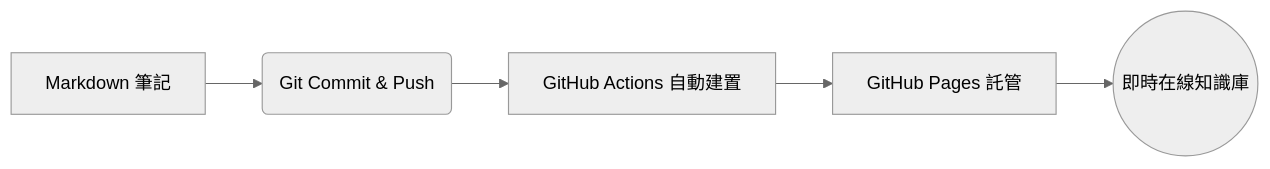
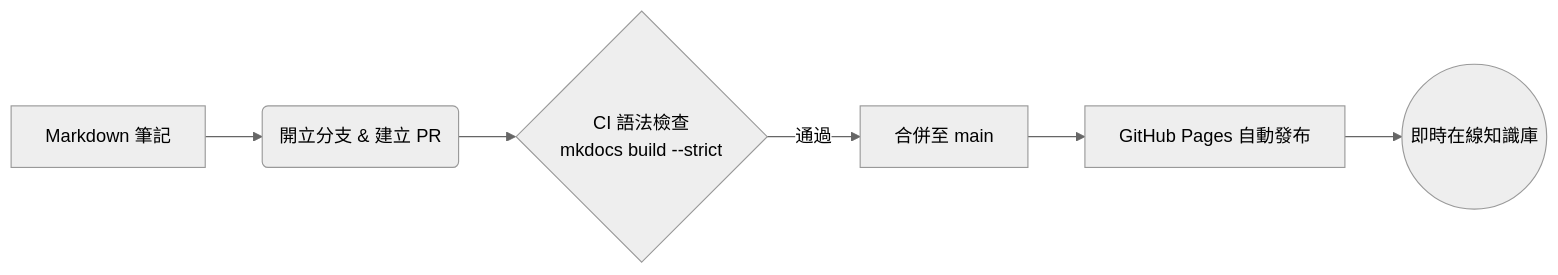
One commit to windcoldchen/windcold-kb changed the diagram in docs/index.md. Above: the diagram before and after it, drawn with Mermaid (neutral theme). The commit also changed other lines of this file and 3 other files, not shown here.

````diff
--- a/docs/index.md
+++ b/docs/index.md
@@ -51,7 +51,8 @@
 ```mermaid
 graph LR
-    A[Markdown 筆記] --> B(Git Commit & Push)
-    B --> C[GitHub Actions 自動建置]
-    C --> D[GitHub Pages 託管]
-    D --> E((即時在線知識庫))
+    A[Markdown 筆記] --> B(開立分支 & 建立 PR)
+    B --> C{CI 語法檢查<br/>mkdocs build --strict}
+    C -->|通過| D[合併至 main]
+    D --> E[GitHub Pages 自動發布]
+    E --> F((即時在線知識庫))
 ```
````
